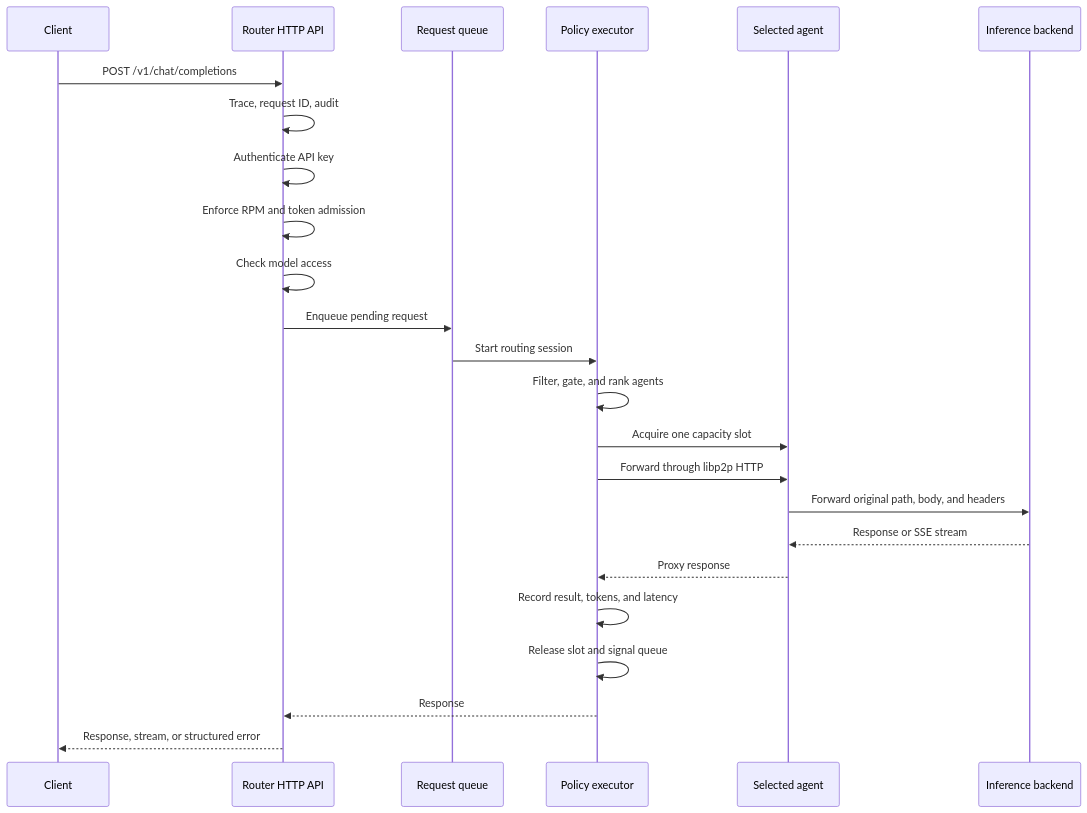
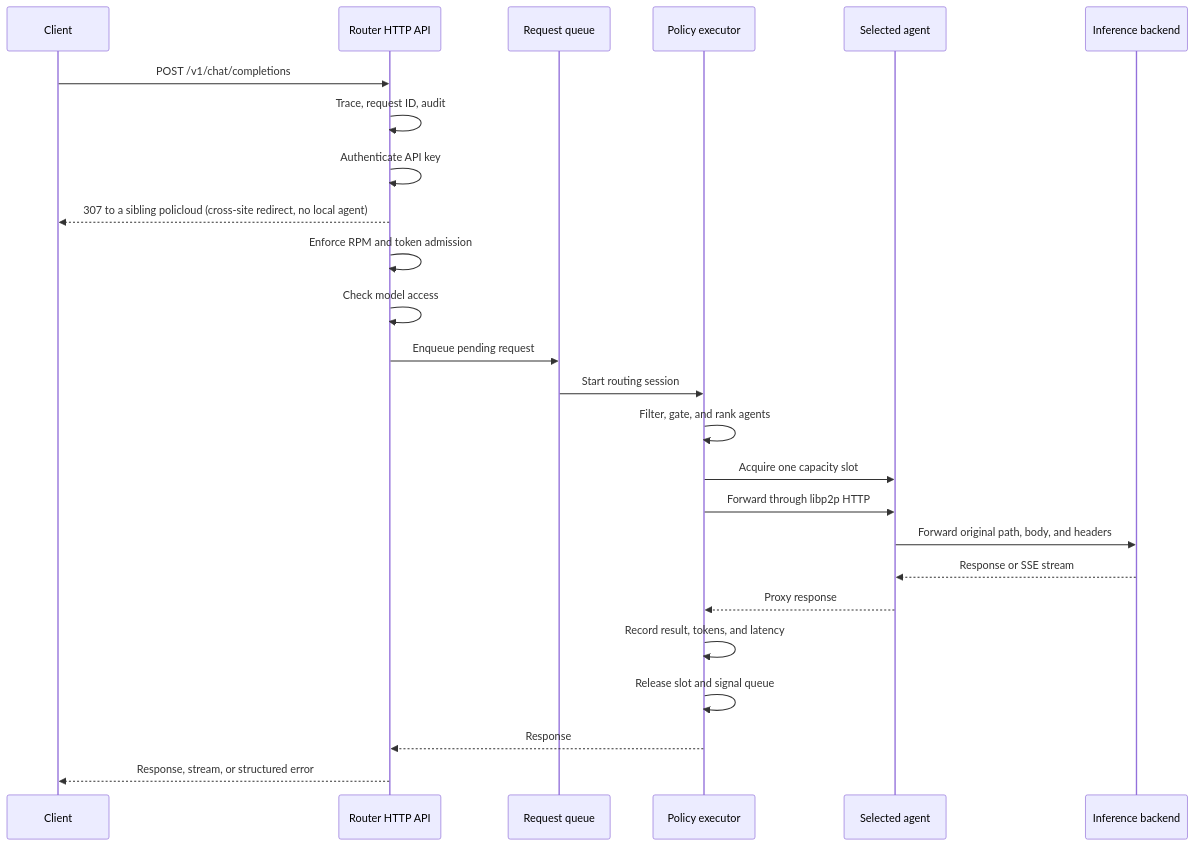
The fourth of 5 diagrams in docs/reference/detailed-architecture.mdx (HivenetOSS/hivenet_router), drawn with Mermaid before and after one commit. The commit also changed other lines of this file and 5 other files, not shown here.

First line of the commit message:
docs: complete the cross-site redirect docs

````diff
--- a/docs/reference/detailed-architecture.mdx
+++ b/docs/reference/detailed-architecture.mdx
@@ -530,27 +530,28 @@
 ```mermaid
 sequenceDiagram
     participant C as Client
     participant H as Router HTTP API
     participant Q as Request queue
     participant P as Policy executor
     participant A as Selected agent
     participant E as Inference backend
 
     C->>H: POST /v1/chat/completions
     H->>H: Trace, request ID, audit
     H->>H: Authenticate API key
+    H-->>C: 307 to a sibling policloud (cross-site redirect, no local agent)
     H->>H: Enforce RPM and token admission
     H->>H: Check model access
     H->>Q: Enqueue pending request
     Q->>P: Start routing session
     P->>P: Filter, gate, and rank agents
     P->>A: Acquire one capacity slot
     P->>A: Forward through libp2p HTTP
     A->>E: Forward original path, body, and headers
     E-->>A: Response or SSE stream
     A-->>P: Proxy response
     P->>P: Record result, tokens, and latency
     P->>P: Release slot and signal queue
     P-->>H: Response
     H-->>C: Response, stream, or structured error
 ```
````
